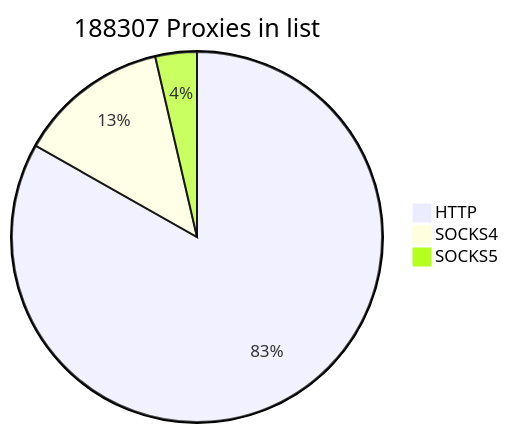
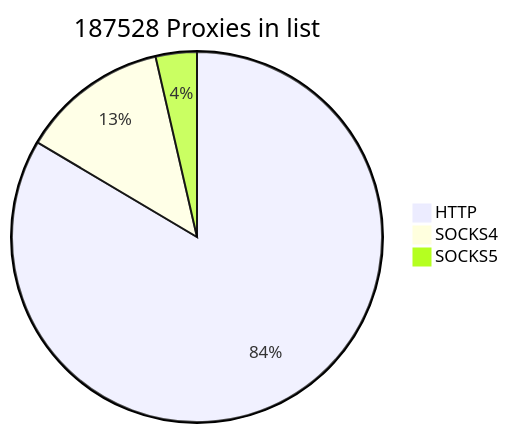
One commit to cutipu/proxylist changed the first of 2 diagrams in README.md. Above: the diagram before and after it, drawn with Mermaid. The commit also changed other lines of this file, not shown here.

````diff
--- a/README.md
+++ b/README.md
@@ -2,7 +2,7 @@
 ```mermaid
-pie title 188307 Proxies in list
-    "HTTP" : 156655
-    "SOCKS4" : 24824
-    "SOCKS5" : 6828
+pie title 187528 Proxies in list
+    "HTTP" : 156630
+    "SOCKS4" : 24156
+    "SOCKS5" : 6742
             
 ```
````
